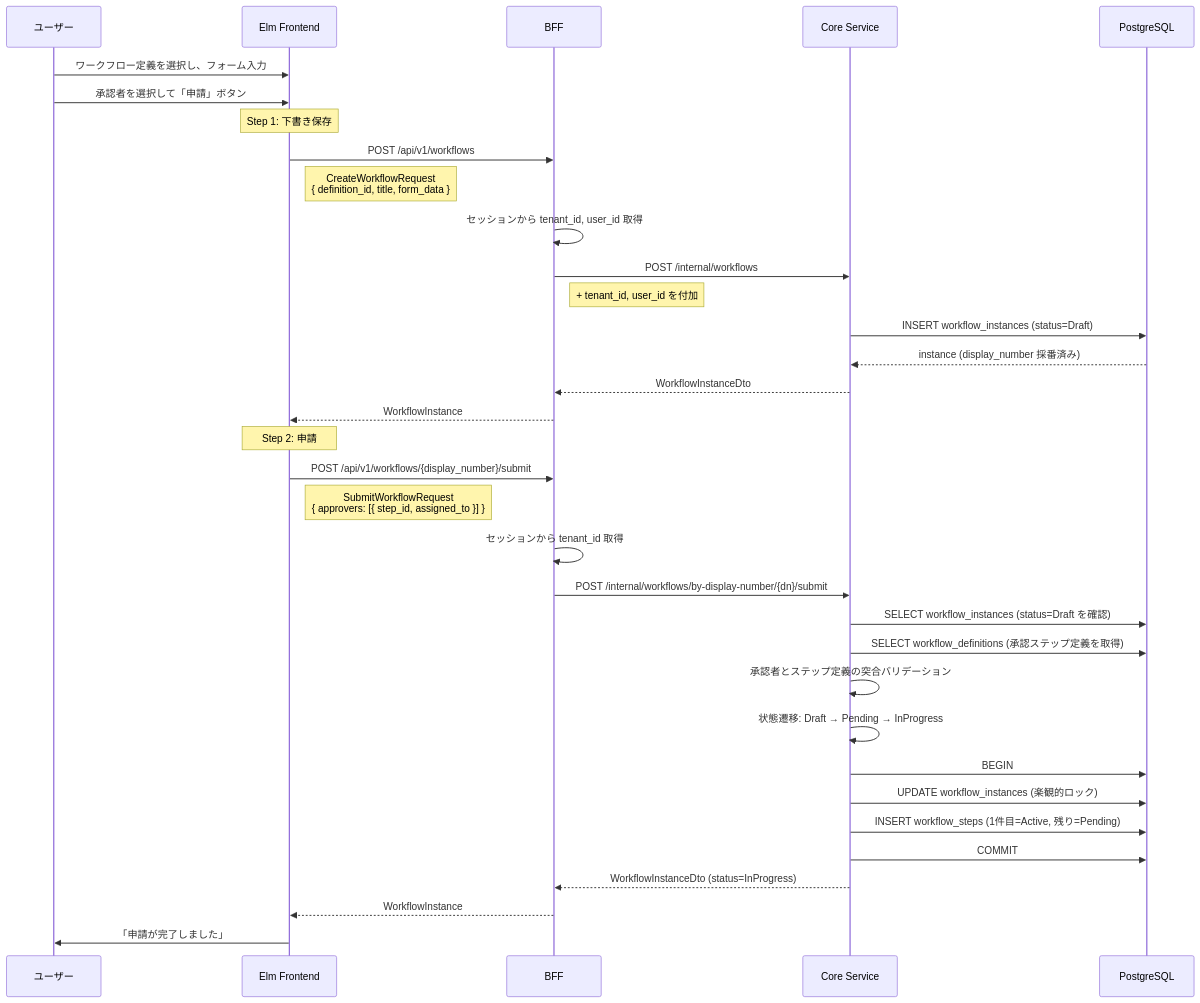
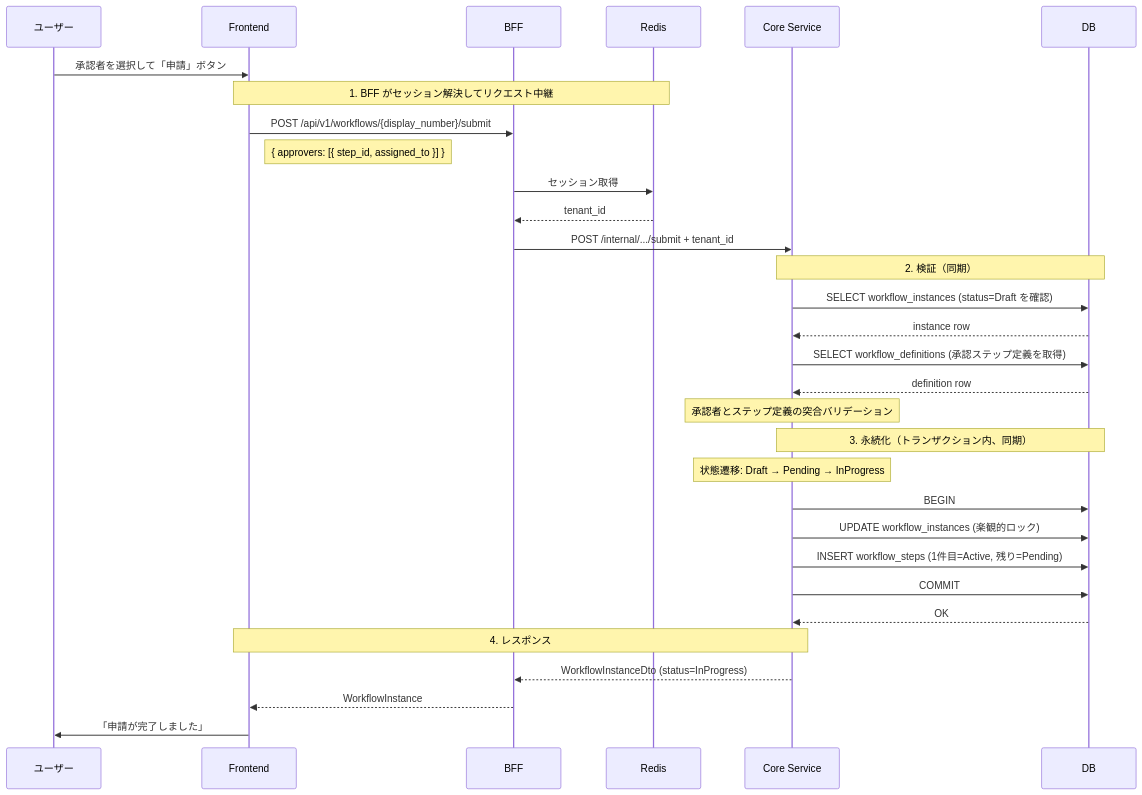
Before and after one commit to ka2kama/ringiflow: the second of 3 diagrams in docs/90_実装解説/ワークフロー/01_申請フロー.md, drawn with Mermaid. The commit also changed other lines of this file and 3 other files, not shown here.

First line of the commit message:
#1128 Add workflow approval/rejection flow docs (#1130)

````diff
--- a/docs/90_実装解説/ワークフロー/01_申請フロー.md
+++ b/docs/90_実装解説/ワークフロー/01_申請フロー.md
@@ -14,39 +46,38 @@
 ```mermaid
 sequenceDiagram
     participant U as ユーザー
-    participant Elm as Elm Frontend
+    participant FE as Frontend
     participant BFF as BFF
+    participant Redis as Redis
     participant Core as Core Service
-    participant DB as PostgreSQL
+    participant DB as DB
 
-    U->>Elm: ワークフロー定義を選択し、フォーム入力
-    U->>Elm: 承認者を選択して「申請」ボタン
+    U->>FE: 承認者を選択して「申請」ボタン
 
-    Note over Elm: Step 1: 下書き保存
-    Elm->>BFF: POST /api/v1/workflows
-    Note right of Elm: CreateWorkflowRequest<br/>{ definition_id, title, form_data }
-    BFF->>BFF: セッションから tenant_id, user_id 取得
-    BFF->>Core: POST /internal/workflows
-    Note right of BFF: + tenant_id, user_id を付加
-    Core->>DB: INSERT workflow_instances (status=Draft)
-    DB-->>Core: instance (display_number 採番済み)
-    Core-->>BFF: WorkflowInstanceDto
-    BFF-->>Elm: WorkflowInstance
+    Note over FE, Redis: 1. BFF がセッション解決してリクエスト中継
+    FE->>BFF: POST /api/v1/workflows/{display_number}/submit
+    Note right of FE: { approvers: [{ step_id, assigned_to }] }
+    BFF->>Redis: セッション取得
+    Redis-->>BFF: tenant_id
+    BFF->>Core: POST /internal/.../submit + tenant_id
 
-    Note over Elm: Step 2: 申請
-    Elm->>BFF: POST /api/v1/workflows/{display_number}/submit
-    Note right of Elm: SubmitWorkflowRequest<br/>{ approvers: [{ step_id, assigned_to }] }
-    BFF->>BFF: セッションから tenant_id 取得
-    BFF->>Core: POST /internal/workflows/by-display-number/{dn}/submit
+    Note over Core, DB: 2. 検証（同期）
     Core->>DB: SELECT workflow_instances (status=Draft を確認)
+    DB-->>Core: instance row
     Core->>DB: SELECT workflow_definitions (承認ステップ定義を取得)
-    Core->>Core: 承認者とステップ定義の突合バリデーション
-    Core->>Core: 状態遷移: Draft → Pending → InProgress
+    DB-->>Core: definition row
+    Note over Core: 承認者とステップ定義の突合バリデーション
+
+    Note over Core, DB: 3. 永続化（トランザクション内、同期）
+    Note over Core: 状態遷移: Draft → Pending → InProgress
     Core->>DB: BEGIN
     Core->>DB: UPDATE workflow_instances (楽観的ロック)
     Core->>DB: INSERT workflow_steps (1件目=Active, 残り=Pending)
     Core->>DB: COMMIT
+    DB-->>Core: OK
+
+    Note over Core, FE: 4. レスポンス
     Core-->>BFF: WorkflowInstanceDto (status=InProgress)
-    BFF-->>Elm: WorkflowInstance
-    Elm->>U: 「申請が完了しました」
+    BFF-->>FE: WorkflowInstance
+    FE->>U: 「申請が完了しました」
 ```
````
